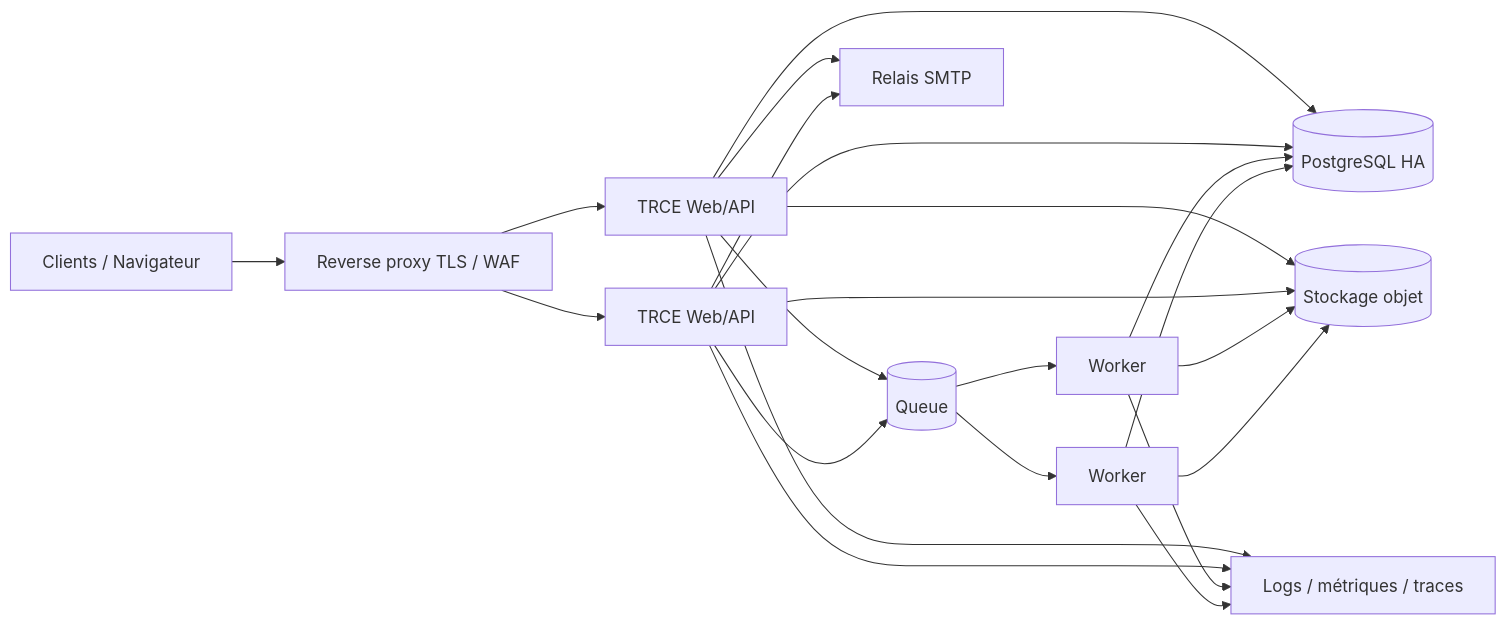
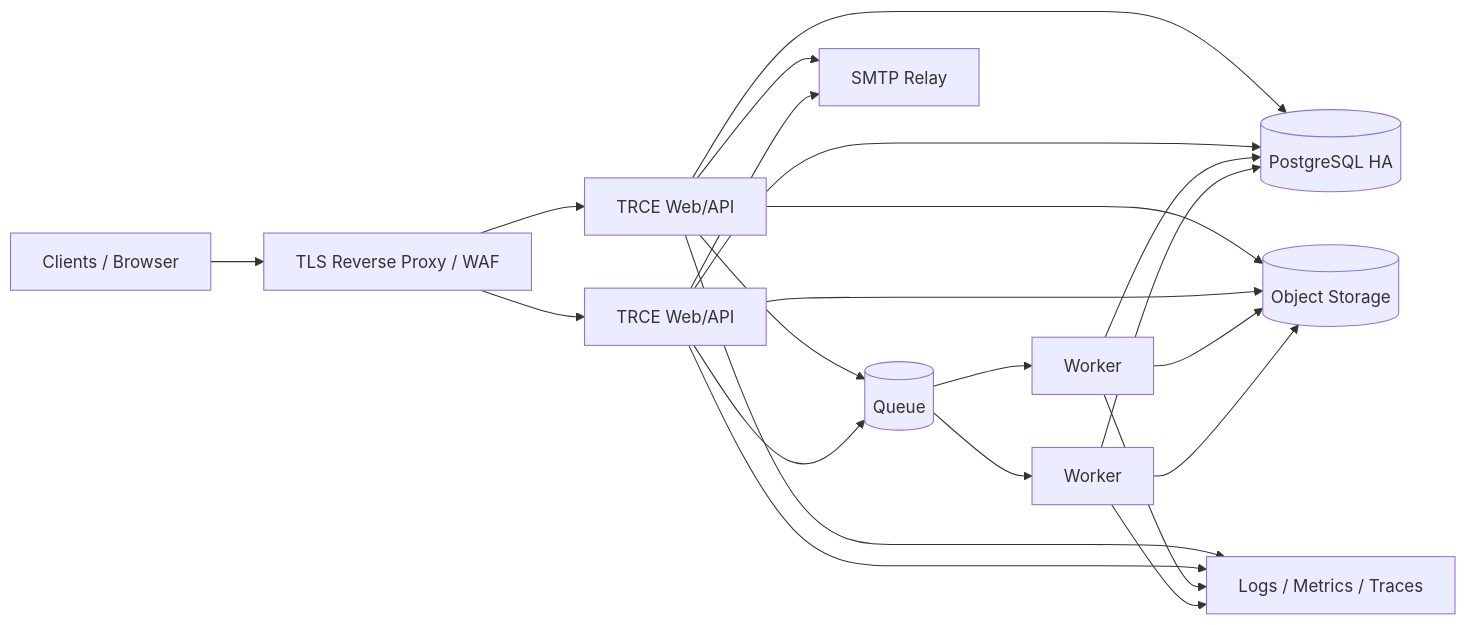
Before and after one commit to SLedunois/trce: the sixth of 6 diagrams in docs/architecture.md, drawn with Mermaid. The commit also changed other lines of this file and 16 other files, not shown here.

````diff
--- a/docs/architecture.md
+++ b/docs/architecture.md
@@ -459,24 +459,24 @@
 ```mermaid
 flowchart LR
-    Internet[Clients / Navigateur] --> Edge[Reverse proxy TLS / WAF]
+    Internet[Clients / Browser] --> Edge[TLS Reverse Proxy / WAF]
     Edge --> App1[TRCE Web/API]
     Edge --> App2[TRCE Web/API]
     App1 --> PG[(PostgreSQL HA)]
     App2 --> PG
-    App1 --> S3[(Stockage objet)]
+    App1 --> S3[(Object Storage)]
     App2 --> S3
     App1 --> Q[(Queue)]
     App2 --> Q
     Q --> W1[Worker]
     Q --> W2[Worker]
     W1 --> S3
     W2 --> S3
     W1 --> PG
     W2 --> PG
-    App1 --> SMTP[Relais SMTP]
+    App1 --> SMTP[SMTP Relay]
     App2 --> SMTP
-    App1 --> Obs[Logs / métriques / traces]
+    App1 --> Obs[Logs / Metrics / Traces]
     App2 --> Obs
     W1 --> Obs
     W2 --> Obs
 ```
````
